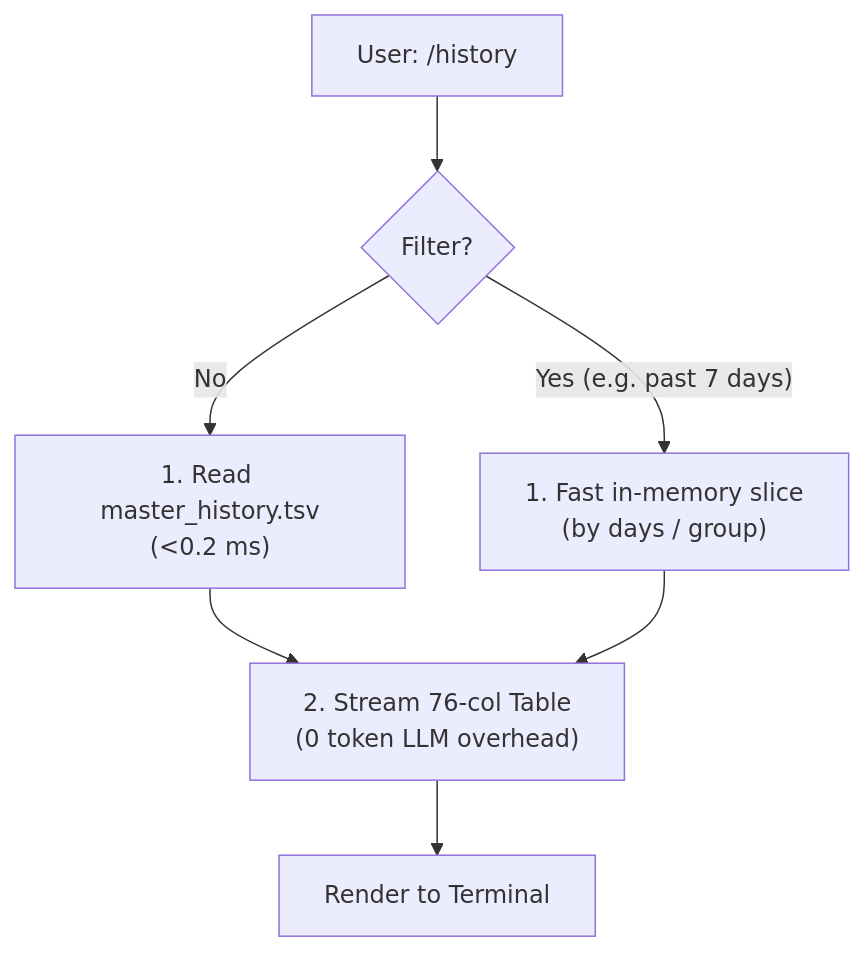
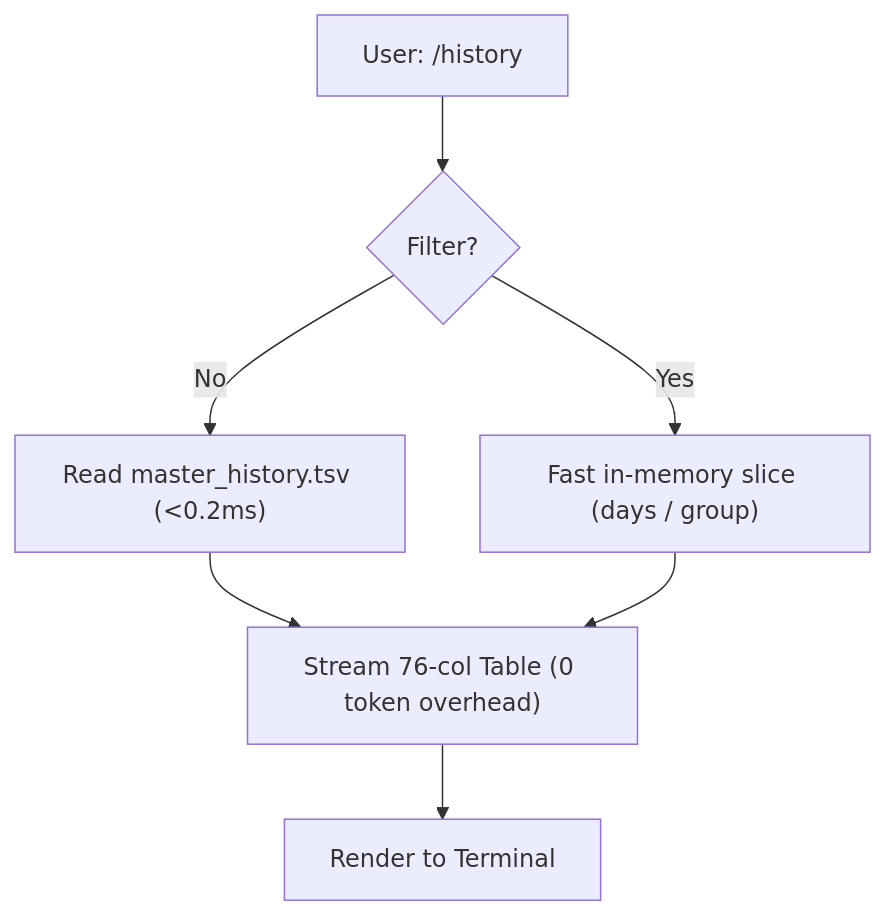
One commit to AshraArc/-antigravity-chat-manager changed the first of 2 diagrams in README.md. Above: the diagram before and after it, drawn with Mermaid. The commit also changed other lines of this file and 4 other files, not shown here.

````diff
--- a/README.md
+++ b/README.md
@@ -34,9 +112,9 @@
 ```mermaid
 flowchart TD
     In["User: /history"] --> Q{"Filter?"}
-    Q -- "No" --> A1["1. Read master_history.tsv<br>(<0.2 ms)"]
-    A1 --> Out["2. Stream 76-col Table<br>(0 token LLM overhead)"]
-    Q -- "Yes (e.g. past 7 days)" --> B1["1. Fast in-memory slice<br>(by days / group)"]
+    Q -- "No" --> A1["Read master_history.tsv (<0.2ms)"]
+    A1 --> Out["Stream 76-col Table (0 token overhead)"]
+    Q -- "Yes" --> B1["Fast in-memory slice (days / group)"]
     B1 --> Out
     Out --> UI["Render to Terminal"]
 ```
````
